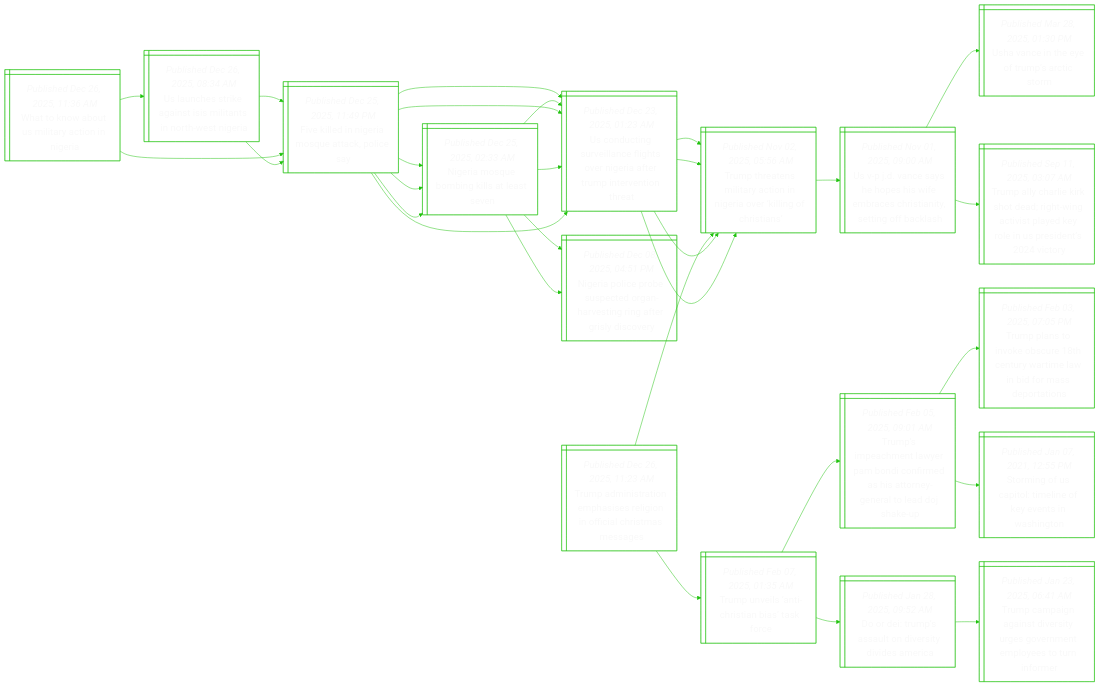
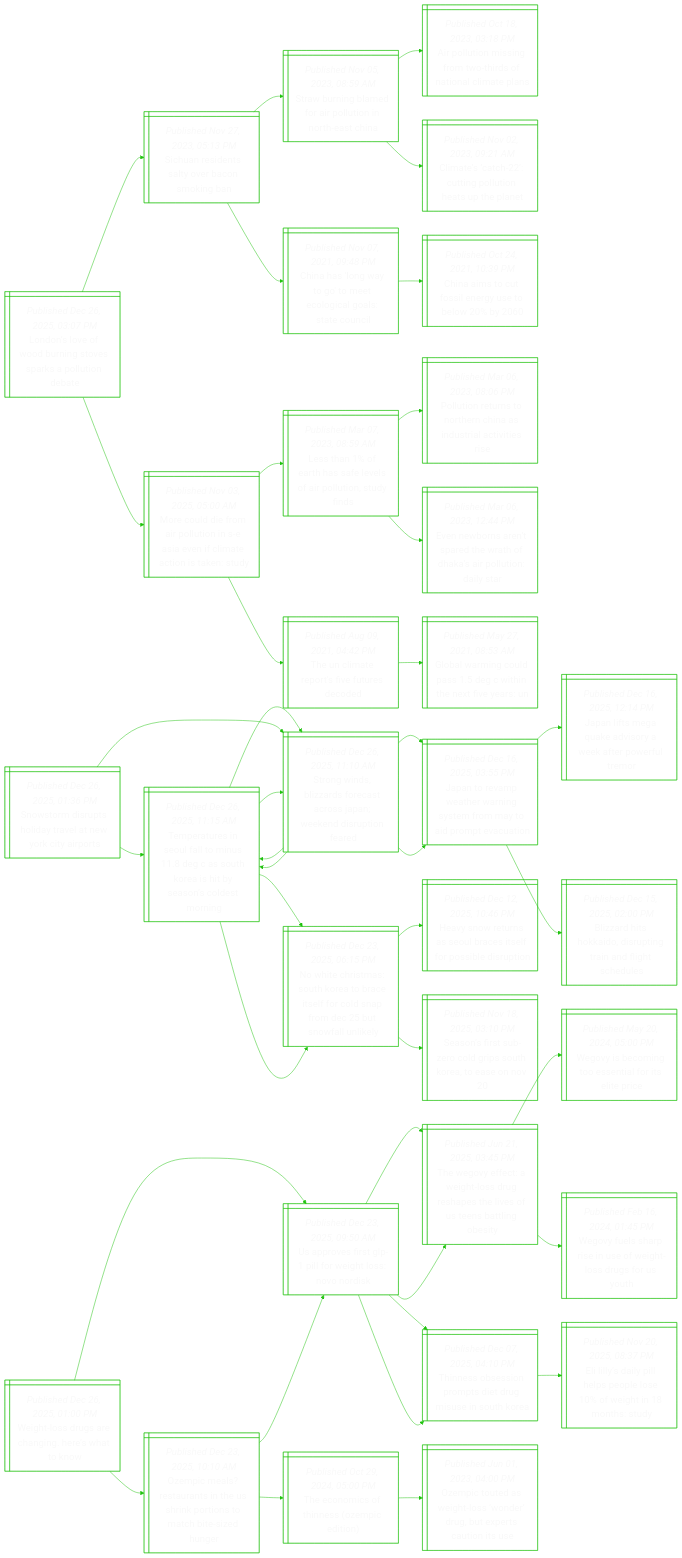
One commit to notJmes/notJmes changed the diagram in README.md. Above: the diagram before and after it, drawn with Mermaid. The commit also changed other lines of this file, not shown here.

````diff
--- a/README.md
+++ b/README.md
@@ -16,100 +16,130 @@
 flowchart LR
 classDef txtsize font-size:20px;
 
-WoaUiang@{ shape: win-pane, label: "_Published Dec 26, 2025, 11:36 AM_
-What to know about us military action in nigeria" }
-UnsenIisrse@{ shape: win-pane, label: "_Published Dec 26, 2025, 08:34 AM_
-Us launches strike against isis militants in north-west nigeria" }
-Fiieoakc@{ shape: win-pane, label: "_Published Dec 25, 2025, 11:49 PM_
-Five killed in nigeria mosque attack, police say" }
-Niqmkase@{ shape: win-pane, label: "_Published Dec 25, 2025, 02:33 AM_
-Nigeria mosque bombing kills at least seven" }
-UdnvalsNiemeth@{ shape: win-pane, label: "_Published Dec 23, 2025, 01:23 AM_
-Us conducting surveillance flights over nigeria after trump intervention threat" }
-Fiieoakc@{ shape: win-pane, label: "_Published Dec 25, 2025, 11:49 PM_
-Five killed in nigeria mosque attack, police say" }
-Niqmkase@{ shape: win-pane, label: "_Published Dec 25, 2025, 02:33 AM_
-Nigeria mosque bombing kills at least seven" }
-UdnvalsNiemeth@{ shape: win-pane, label: "_Published Dec 23, 2025, 01:23 AM_
-Us conducting surveillance flights over nigeria after trump intervention threat" }
-Niioseavngrlcy@{ shape: win-pane, label: "_Published Dec 08, 2025, 04:51 PM_
-Nigeria police probe suspected organ-harvesting ring after grisly discovery" }
-UdnvalsNiemeth@{ shape: win-pane, label: "_Published Dec 23, 2025, 01:23 AM_
-Us conducting surveillance flights over nigeria after trump intervention threat" }
-TttiriNiriCt@{ shape: win-pane, label: "_Published Nov 02, 2025, 05:56 AM_
-Trump threatens military action in nigeria over ‘killing of christians’" }
-TttiriNiriCt@{ shape: win-pane, label: "_Published Nov 02, 2025, 05:56 AM_
-Trump threatens military action in nigeria over ‘killing of christians’" }
+Lneontsslnt@{ shape: win-pane, label: "_Published Dec 26, 2025, 03:07 PM_
+London’s love of wood burning stoves sparks a pollution debate" }
+Saisybsn@{ shape: win-pane, label: "_Published Nov 27, 2023, 05:13 PM_
+Sichuan residents salty over bacon smoking ban" }
+Sbnmroineh@{ shape: win-pane, label: "_Published Nov 05, 2023, 08:59 AM_
+Straw burning blamed for air pollution in north-east china" }
+Alosrodaaml@{ shape: win-pane, label: "_Published Oct 18, 2023, 03:18 PM_
+Air pollution missing from two-thirds of national climate plans" }
+Ctttptepl@{ shape: win-pane, label: "_Published Nov 02, 2023, 09:21 AM_
+Climate’s ‘catch-22’: cutting pollution heats up the planet" }
+ChntoeggSCi@{ shape: win-pane, label: "_Published Nov 07, 2021, 09:48 PM_
+China has 'long way to go' to meet ecological goals: state council" }
+Caooeyow@{ shape: win-pane, label: "_Published Oct 24, 2021, 10:39 PM_
+China aims to cut fossil energy use to below 20% by 2060" }
+MoimoiSaimcied@{ shape: win-pane, label: "_Published Nov 03, 2025, 05:00 AM_
+More could die from air pollution in s-e asia even if climate action is taken: study" }
+Lhehfealodd@{ shape: win-pane, label: "_Published Mar 07, 2023, 08:59 AM_
+Less than 1% of earth has safe levels of air pollution, study finds" }
+Ptesrnaditis@{ shape: win-pane, label: "_Published Mar 06, 2023, 08:06 PM_
+Pollution returns to northern china as industrial activities rise" }
+Eennrehailny@{ shape: win-pane, label: "_Published Mar 06, 2023, 12:44 PM_
+Even newborns aren’t spared the wrath of dhaka’s air pollution: daily star" }
+Tctoitde@{ shape: win-pane, label: "_Published Aug 09, 2021, 04:42 PM_
+The un climate report's five futures decoded" }
+GliusCinia@{ shape: win-pane, label: "_Published May 27, 2021, 08:53 AM_
+Global warming could pass 1.5 deg c within the next five years: un" }
 
-WoaUiang:::txtsize --> UnsenIisrse:::txtsize
-UnsenIisrse:::txtsize --> Fiieoakc:::txtsize
-Fiieoakc:::txtsize --> Niqmkase:::txtsize
-Fiieoakc:::txtsize --> UdnvalsNiemeth:::txtsize
-WoaUiang:::txtsize --> Fiieoakc:::txtsize
-Fiieoakc:::txtsize --> Niqmkase:::txtsize
-Niqmkase:::txtsize --> UdnvalsNiemeth:::txtsize
-Niqmkase:::txtsize --> Niioseavngrlcy:::txtsize
-Fiieoakc:::txtsize --> UdnvalsNiemeth:::txtsize
-UdnvalsNiemeth:::txtsize --> TttiriNiriCt:::txtsize
-UdnvalsNiemeth:::txtsize --> TttiriNiriCt:::txtsize
+Lneontsslnt:::txtsize --> Saisybsn:::txtsize
+Saisybsn:::txtsize --> Sbnmroineh:::txtsize
+Sbnmroineh:::txtsize --> Alosrodaaml:::txtsize
+Sbnmroineh:::txtsize --> Ctttptepl:::txtsize
+Saisybsn:::txtsize --> ChntoeggSCi:::txtsize
+ChntoeggSCi:::txtsize --> Caooeyow:::txtsize
+Lneontsslnt:::txtsize --> MoimoiSaimcied:::txtsize
+MoimoiSaimcied:::txtsize --> Lhehfealodd:::txtsize
+Lhehfealodd:::txtsize --> Ptesrnaditis:::txtsize
+Lhehfealodd:::txtsize --> Eennrehailny:::txtsize
+MoimoiSaimcied:::txtsize --> Tctoitde:::txtsize
+Tctoitde:::txtsize --> GliusCinia:::txtsize
 
-Taitmieofaisa@{ shape: win-pane, label: "_Published Dec 26, 2025, 11:23 AM_
-Trump administration emphasises religion in official christmas messages" }
-Tulisbar@{ shape: win-pane, label: "_Published Feb 07, 2025, 01:35 AM_
-Trump unveils ‘anti-christian bias’ task force" }
-TsanymiiaAnntdhp@{ shape: win-pane, label: "_Published Feb 05, 2025, 09:01 AM_
-Trump’s impeachment lawyer pam bondi confirmed as his attorney-general to lead doj shake-up" }
-Tptosttaenosro@{ shape: win-pane, label: "_Published Feb 03, 2025, 07:05 PM_
-Trump plans to invoke obscure 18th century wartime law in bid for mass deportations" }
-SiUiinenWn@{ shape: win-pane, label: "_Published Jan 07, 2021, 12:55 PM_
-Storming of us capitol: timeline of key events in washington" }
-DEmsoeyde@{ shape: win-pane, label: "_Published Jan 28, 2025, 09:52 AM_
-Do or dei: trump’s assault on diversity divides america" }
-Tciadsrommetne@{ shape: win-pane, label: "_Published Jan 23, 2025, 06:41 AM_
-Trump campaign against diversity urges government employees to turn informer" }
-TttiriNiriCt@{ shape: win-pane, label: "_Published Nov 02, 2025, 05:56 AM_
-Trump threatens military action in nigeria over ‘killing of christians’" }
-UDehewmeinegas@{ shape: win-pane, label: "_Published Nov 01, 2025, 09:00 AM_
-Us v-p j.d. vance says he hopes his wife embraces christianity, setting off backlash" }
-UanyrAcm@{ shape: win-pane, label: "_Published Mar 28, 2025, 01:30 PM_
-Usha vance in the eye of trump’s arctic storm" }
-TahesegnipdoUstt@{ shape: win-pane, label: "_Published Sep 11, 2025, 03:07 AM_
-Trump ally charlie kirk shot dead; right-wing activist played key role in us president’s 2024 victory" }
+StitiraYirs@{ shape: win-pane, label: "_Published Dec 26, 2025, 01:36 PM_
+Snowstorm disrupts holiday travel at new york city airports" }
+Treeamdshatacsn@{ shape: win-pane, label: "_Published Dec 26, 2025, 11:15 AM_
+Temperatures in seoul fall to minus 11.8 deg c as south korea is hit by season’s coldest morning" }
+Sgszfaraedune@{ shape: win-pane, label: "_Published Dec 26, 2025, 11:10 AM_
+Strong winds, blizzards forecast across japan; weekend disruption feared" }
+Treeamdshatacsn@{ shape: win-pane, label: "_Published Dec 26, 2025, 11:15 AM_
+Temperatures in seoul fall to minus 11.8 deg c as south korea is hit by season’s coldest morning" }
+Jtaawntotptun@{ shape: win-pane, label: "_Published Dec 16, 2025, 03:55 PM_
+Japan to revamp weather warning system from may to aid prompt evacuation" }
+Ntishaasodfesaly@{ shape: win-pane, label: "_Published Dec 23, 2025, 06:15 PM_
+No white christmas: south korea to brace itself for cold snap from dec 25 but snowfall unlikely" }
+Hsesoatfseun@{ shape: win-pane, label: "_Published Dec 12, 2025, 10:46 PM_
+Heavy snow returns as seoul braces itself for possible disruption" }
+Snszoiuren@{ shape: win-pane, label: "_Published Nov 18, 2025, 03:10 PM_
+Season’s first sub-zero cold grips south korea, to ease on nov 20" }
+Sgszfaraedune@{ shape: win-pane, label: "_Published Dec 26, 2025, 11:10 AM_
+Strong winds, blizzards forecast across japan; weekend disruption feared" }
+Treeamdshatacsn@{ shape: win-pane, label: "_Published Dec 26, 2025, 11:15 AM_
+Temperatures in seoul fall to minus 11.8 deg c as south korea is hit by season’s coldest morning" }
+Sgszfaraedune@{ shape: win-pane, label: "_Published Dec 26, 2025, 11:10 AM_
+Strong winds, blizzards forecast across japan; weekend disruption feared" }
+Ntishaasodfesaly@{ shape: win-pane, label: "_Published Dec 23, 2025, 06:15 PM_
+No white christmas: south korea to brace itself for cold snap from dec 25 but snowfall unlikely" }
+Jtaawntotptun@{ shape: win-pane, label: "_Published Dec 16, 2025, 03:55 PM_
+Japan to revamp weather warning system from may to aid prompt evacuation" }
+Jlmudreeetr@{ shape: win-pane, label: "_Published Dec 16, 2025, 12:14 PM_
+Japan lifts mega quake advisory a week after powerful tremor" }
+Batkdptaicl@{ shape: win-pane, label: "_Published Dec 15, 2025, 02:00 PM_
+Blizzard hits hokkaido, disrupting train and flight schedules" }
 
-Taitmieofaisa:::txtsize --> Tulisbar:::txtsize
-Tulisbar:::txtsize --> TsanymiiaAnntdhp:::txtsize
-TsanymiiaAnntdhp:::txtsize --> Tptosttaenosro:::txtsize
-TsanymiiaAnntdhp:::txtsize --> SiUiinenWn:::txtsize
-Tulisbar:::txtsize --> DEmsoeyde:::txtsize
-DEmsoeyde:::txtsize --> Tciadsrommetne:::txtsize
-Taitmieofaisa:::txtsize --> TttiriNiriCt:::txtsize
-TttiriNiriCt:::txtsize --> UDehewmeinegas:::txtsize
-UDehewmeinegas:::txtsize --> UanyrAcm:::txtsize
-UDehewmeinegas:::txtsize --> TahesegnipdoUstt:::txtsize
+StitiraYirs:::txtsize --> Treeamdshatacsn:::txtsize
+Treeamdshatacsn:::txtsize --> Sgszfaraedune:::txtsize
+Sgszfaraedune:::txtsize --> Treeamdshatacsn:::txtsize
+Sgszfaraedune:::txtsize --> Jtaawntotptun:::txtsize
+Treeamdshatacsn:::txtsize --> Ntishaasodfesaly:::txtsize
+Ntishaasodfesaly:::txtsize --> Hsesoatfseun:::txtsize
+Ntishaasodfesaly:::txtsize --> Snszoiuren:::txtsize
+StitiraYirs:::txtsize --> Sgszfaraedune:::txtsize
+Sgszfaraedune:::txtsize --> Treeamdshatacsn:::txtsize
+Treeamdshatacsn:::txtsize --> Sgszfaraedune:::txtsize
+Treeamdshatacsn:::txtsize --> Ntishaasodfesaly:::txtsize
+Sgszfaraedune:::txtsize --> Jtaawntotptun:::txtsize
+Jtaawntotptun:::txtsize --> Jlmudreeetr:::txtsize
+Jtaawntotptun:::txtsize --> Batkdptaicl:::txtsize
 
-UnsenIisrse@{ shape: win-pane, label: "_Published Dec 26, 2025, 08:34 AM_
-Us launches strike against isis militants in north-west nigeria" }
-Fiieoakc@{ shape: win-pane, label: "_Published Dec 25, 2025, 11:49 PM_
-Five killed in nigeria mosque attack, police say" }
-Niqmkase@{ shape: win-pane, label: "_Published Dec 25, 2025, 02:33 AM_
-Nigeria mosque bombing kills at least seven" }
-UdnvalsNiemeth@{ shape: win-pane, label: "_Published Dec 23, 2025, 01:23 AM_
-Us conducting surveillance flights over nigeria after trump intervention threat" }
-Niioseavngrlcy@{ shape: win-pane, label: "_Published Dec 08, 2025, 04:51 PM_
-Nigeria police probe suspected organ-harvesting ring after grisly discovery" }
-UdnvalsNiemeth@{ shape: win-pane, label: "_Published Dec 23, 2025, 01:23 AM_
-Us conducting surveillance flights over nigeria after trump intervention threat" }
-TttiriNiriCt@{ shape: win-pane, label: "_Published Nov 02, 2025, 05:56 AM_
-Trump threatens military action in nigeria over ‘killing of christians’" }
-TttiriNiriCt@{ shape: win-pane, label: "_Published Nov 02, 2025, 05:56 AM_
-Trump threatens military action in nigeria over ‘killing of christians’" }
+Wtdaagstw@{ shape: win-pane, label: "_Published Dec 26, 2025, 01:00 PM_
+Weight-loss drugs are changing. here’s what to know" }
+UrfGlwtNok@{ shape: win-pane, label: "_Published Dec 23, 2025, 09:50 AM_
+Us approves first glp-1 pill for weight loss: novo nordisk" }
+TgfAhsrpestbie@{ shape: win-pane, label: "_Published Jun 21, 2025, 03:45 PM_
+The wegovy effect: a weight-loss drug reshapes the lives of us teens battling obesity" }
+Wycgsirlr@{ shape: win-pane, label: "_Published May 20, 2024, 05:00 PM_
+Wegovy is becoming too essential for its elite price" }
+WyspiogsgUt@{ shape: win-pane, label: "_Published Feb 16, 2024, 01:45 PM_
+Wegovy fuels sharp rise in use of weight-loss drugs for us youth" }
+TesomiuuSK@{ shape: win-pane, label: "_Published Dec 07, 2025, 04:10 PM_
+Thinness obsession prompts diet drug misuse in south korea" }
+Elailoowtnt@{ shape: win-pane, label: "_Published Nov 20, 2025, 08:37 PM_
+Eli lilly’s daily pill helps people lose 10% of weight in 18 months: study" }
+Oiltntskiohshr@{ shape: win-pane, label: "_Published Dec 23, 2025, 10:10 AM_
+Ozempic meals? restaurants in the us shrink portions to match bite-sized hunger" }
+Tochsmdn@{ shape: win-pane, label: "_Published Oct 29, 2024, 05:00 PM_
+The economics of thinness (ozempic edition)" }
+Oitwtwrbpcou@{ shape: win-pane, label: "_Published Jun 01, 2023, 04:00 PM_
+Ozempic touted as weight-loss ‘wonder’ drug, but experts caution its use" }
+UrfGlwtNok@{ shape: win-pane, label: "_Published Dec 23, 2025, 09:50 AM_
+Us approves first glp-1 pill for weight loss: novo nordisk" }
+TgfAhsrpestbie@{ shape: win-pane, label: "_Published Jun 21, 2025, 03:45 PM_
+The wegovy effect: a weight-loss drug reshapes the lives of us teens battling obesity" }
+TesomiuuSK@{ shape: win-pane, label: "_Published Dec 07, 2025, 04:10 PM_
+Thinness obsession prompts diet drug misuse in south korea" }
 
-UnsenIisrse:::txtsize --> Fiieoakc:::txtsize
-Fiieoakc:::txtsize --> Niqmkase:::txtsize
-Niqmkase:::txtsize --> UdnvalsNiemeth:::txtsize
-Niqmkase:::txtsize --> Niioseavngrlcy:::txtsize
-Fiieoakc:::txtsize --> UdnvalsNiemeth:::txtsize
-UdnvalsNiemeth:::txtsize --> TttiriNiriCt:::txtsize
-UdnvalsNiemeth:::txtsize --> TttiriNiriCt:::txtsize
+Wtdaagstw:::txtsize --> UrfGlwtNok:::txtsize
+UrfGlwtNok:::txtsize --> TgfAhsrpestbie:::txtsize
+TgfAhsrpestbie:::txtsize --> Wycgsirlr:::txtsize
+TgfAhsrpestbie:::txtsize --> WyspiogsgUt:::txtsize
+UrfGlwtNok:::txtsize --> TesomiuuSK:::txtsize
+TesomiuuSK:::txtsize --> Elailoowtnt:::txtsize
+Wtdaagstw:::txtsize --> Oiltntskiohshr:::txtsize
+Oiltntskiohshr:::txtsize --> Tochsmdn:::txtsize
+Tochsmdn:::txtsize --> Oitwtwrbpcou:::txtsize
+Oiltntskiohshr:::txtsize --> UrfGlwtNok:::txtsize
+UrfGlwtNok:::txtsize --> TgfAhsrpestbie:::txtsize
+UrfGlwtNok:::txtsize --> TesomiuuSK:::txtsize
 
 ```
````
